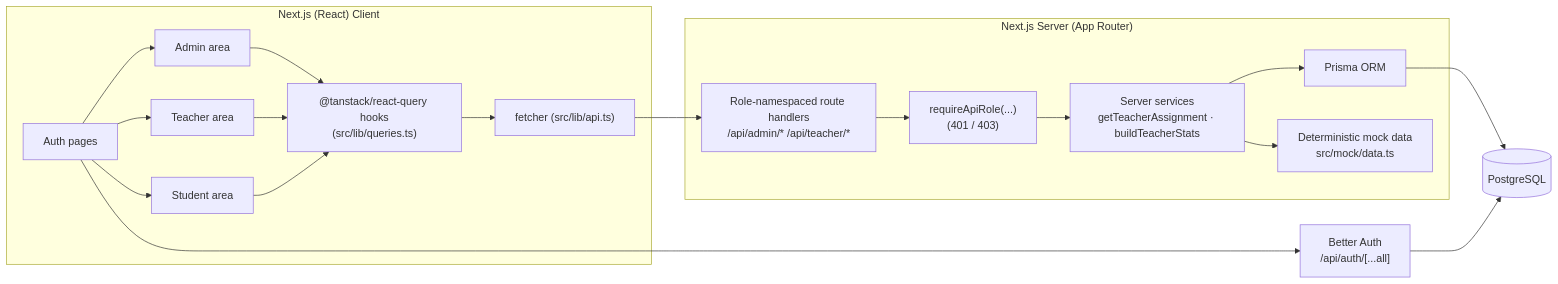
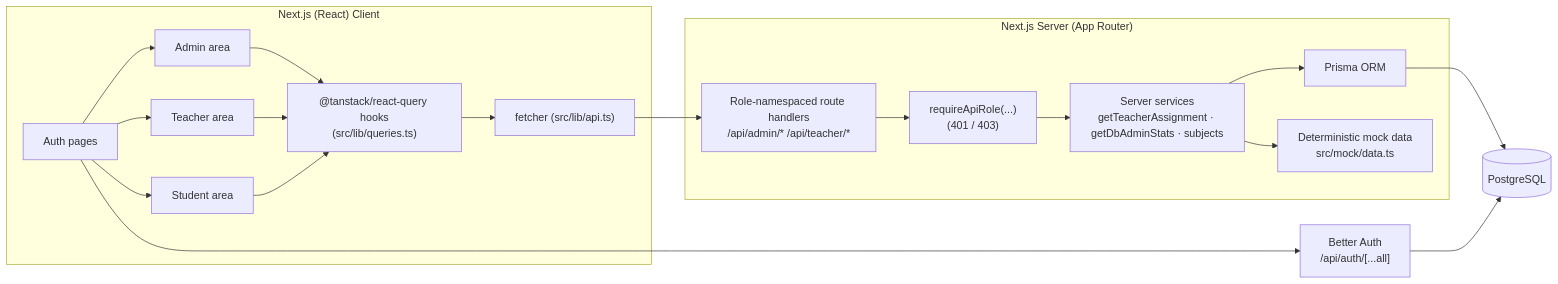
One commit to sukhpreet-dsb/school_management changed the first of 8 diagrams in SCHOOL_MANAGEMENT.md. Above: the diagram before and after it, drawn with Mermaid. The commit also changed other lines of this file and 23 other files, not shown here.

Commit message:
create profile pages for admin , teacher and student

````diff
--- a/SCHOOL_MANAGEMENT.md
+++ b/SCHOOL_MANAGEMENT.md
@@ -20,24 +22,24 @@
 ```mermaid
 flowchart LR
     subgraph Client["Next.js (React) Client"]
         A[Auth pages] --> B[Admin area]
         A --> C[Teacher area]
         A --> D[Student area]
         B --> RQ["@tanstack/react-query hooks<br/>(src/lib/queries.ts)"]
         C --> RQ
         D --> RQ
         RQ --> FET["fetcher (src/lib/api.ts)"]
     end
 
     subgraph Server["Next.js Server (App Router)"]
         FET --> RH["Role-namespaced route handlers<br/>/api/admin/* /api/teacher/*"]
         RH --> GATE["requireApiRole(...)<br/>(401 / 403)"]
-        GATE --> SVC["Server services<br/>getTeacherAssignment · buildTeacherStats"]
+        GATE --> SVC["Server services<br/>getTeacherAssignment · getDbAdminStats · subjects"]
         SVC --> PRISMA["Prisma ORM"]
         SVC --> MOCK["Deterministic mock data<br/>src/mock/data.ts"]
     end
 
     PRISMA --> DB[("PostgreSQL")]
     A --> BAUTH["Better Auth<br/>/api/auth/[...all]"]
     BAUTH --> DB
 ```
````
